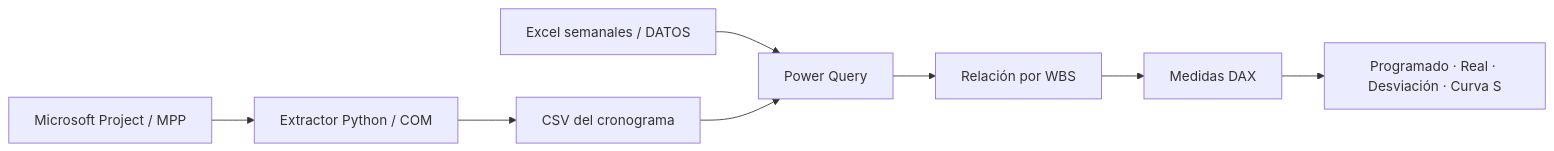
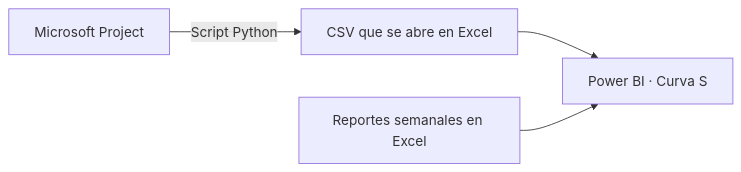
One commit to loyal5889/dashboard-avance-programado-vs-real-curva-s changed the diagram in README.md. Above: the diagram before and after it, drawn with Mermaid. The commit also changed other lines of this file and 69 other files, not shown here.

````diff
--- a/README.md
+++ b/README.md
@@ -32,10 +5,6 @@
 ```mermaid
 flowchart LR
-  M[Microsoft Project / MPP] --> P[Extractor Python / COM]
-  P --> C[CSV del cronograma]
-  E[Excel semanales / DATOS] --> Q[Power Query]
-  C --> Q
-  Q --> W[Relación por WBS]
-  W --> D[Medidas DAX]
-  D --> V[Programado · Real · Desviación · Curva S]
+    A[Microsoft Project] -->|Script Python| B[CSV que se abre en Excel]
+    B --> C[Power BI · Curva S]
+    D[Reportes semanales en Excel] --> C
 ```
````
